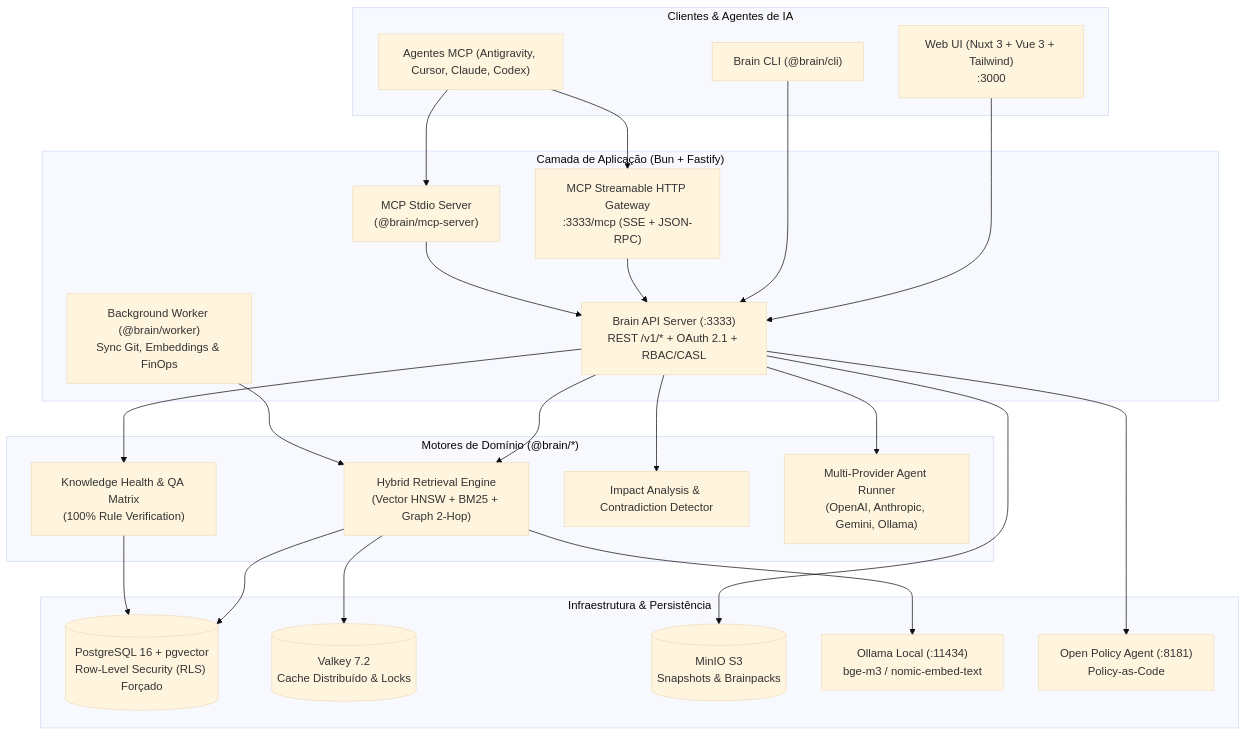
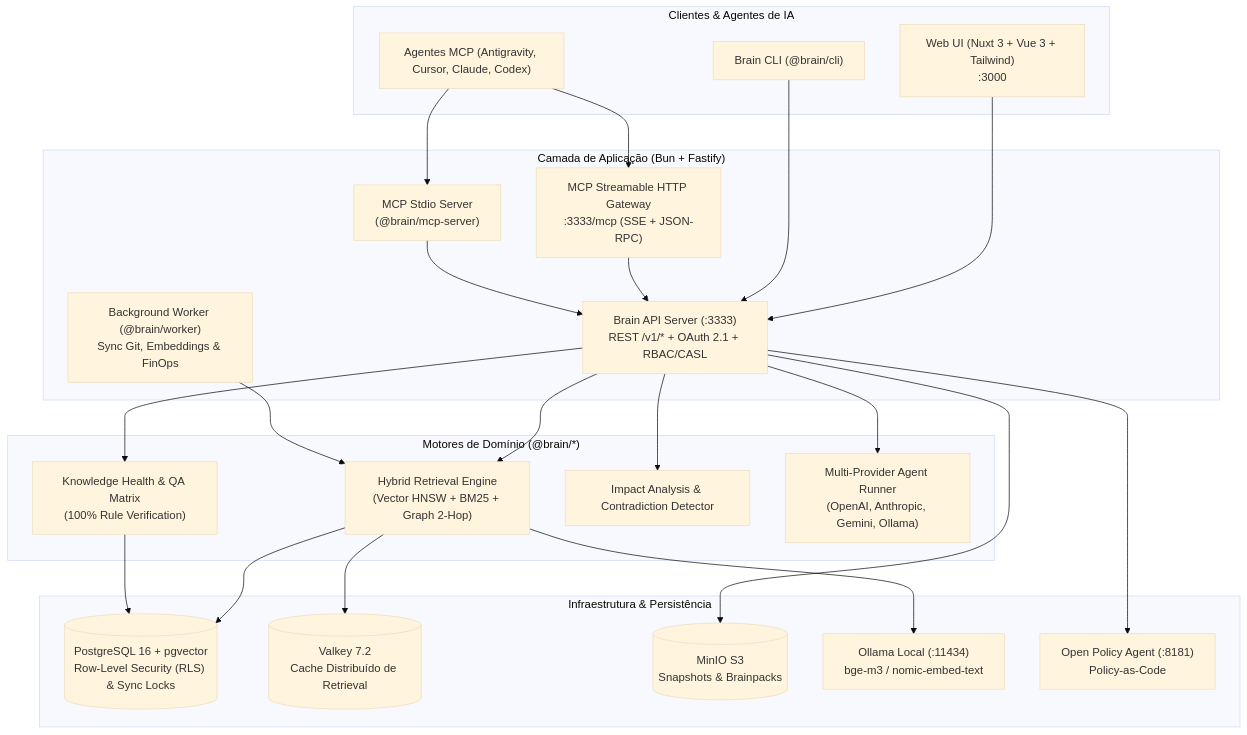
The diagram in brain/README.md (matheusbrittod3v/brain), drawn with Mermaid (base theme) before and after one commit. The commit also changed 15 other files, not shown here.

````diff
--- a/brain/README.md
+++ b/brain/README.md
@@ -55,48 +55,48 @@
 ```mermaid
 flowchart TB
   subgraph Clients["Clientes & Agentes de IA"]
     WebUI["Web UI (Nuxt 3 + Vue 3 + Tailwind)\n:3000"]
     Agents["Agentes MCP (Antigravity, Cursor, Claude, Codex)"]
     CLI["Brain CLI (@brain/cli)"]
   end
 
   subgraph CoreAPI["Camada de Aplicação (Bun + Fastify)"]
     API["Brain API Server (:3333)\nREST /v1/* + OAuth 2.1 + RBAC/CASL"]
     MCPHttp["MCP Streamable HTTP Gateway\n:3333/mcp (SSE + JSON-RPC)"]
     MCPStdio["MCP Stdio Server\n(@brain/mcp-server)"]
     Worker["Background Worker (@brain/worker)\nSync Git, Embeddings & FinOps"]
   end
 
   subgraph DomainPackages["Motores de Domínio (@brain/*)"]
     Retrieval["Hybrid Retrieval Engine\n(Vector HNSW + BM25 + Graph 2-Hop)"]
     Health["Knowledge Health & QA Matrix\n(100% Rule Verification)"]
     Impact["Impact Analysis & Contradiction Detector"]
     Runner["Multi-Provider Agent Runner\n(OpenAI, Anthropic, Gemini, Ollama)"]
   end
 
   subgraph Infra["Infraestrutura & Persistência"]
-    PG[("PostgreSQL 16 + pgvector\nRow-Level Security (RLS) Forçado")]
-    Valkey[("Valkey 7.2\nCache Distribuído & Locks")]
+    PG[("PostgreSQL 16 + pgvector\nRow-Level Security (RLS) & Sync Locks")]
+    Valkey[("Valkey 7.2\nCache Distribuído de Retrieval")]
     MinIO[("MinIO S3\nSnapshots & Brainpacks")]
     Ollama["Ollama Local (:11434)\nbge-m3 / nomic-embed-text"]
     OPA["Open Policy Agent (:8181)\nPolicy-as-Code"]
   end
 
   WebUI --> API
   Agents --> MCPHttp
   Agents --> MCPStdio
   CLI --> API
   MCPHttp --> API
   MCPStdio --> API
   API --> Retrieval
   API --> Health
   API --> Impact
   API --> Runner
   Worker --> Retrieval
   Retrieval --> PG
   Retrieval --> Valkey
   Retrieval --> Ollama
   Health --> PG
   API --> MinIO
   API --> OPA
 ```
````
